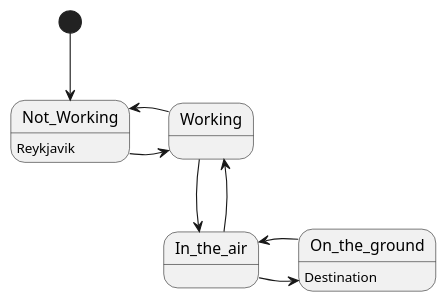
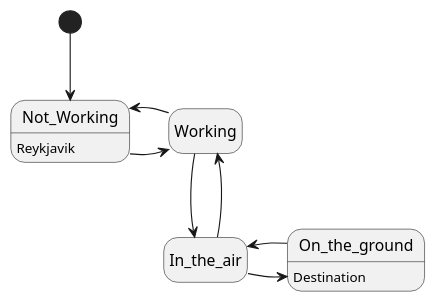
Before and after one commit to irmalexandra/vln1_chuck_nan: the diagram in state_diagrams/State_Diagram_Employees.puml, drawn with PlantUML. The commit also changed 3 other files, not shown here.

```diff
--- a/state_diagrams/State_Diagram_Employees.puml
+++ b/state_diagrams/State_Diagram_Employees.puml
@@ -1,13 +1,14 @@
 @startuml
+hide empty description
 
 [*] --> Not_Working
 Not_Working -> Working
 Not_Working : Reykjavik
 Working -> Not_Working
 Working --> In_the_air
 In_the_air -> Working
 In_the_air -> On_the_ground
 On_the_ground -> In_the_air
 On_the_ground : Destination
 
 @enduml
```
